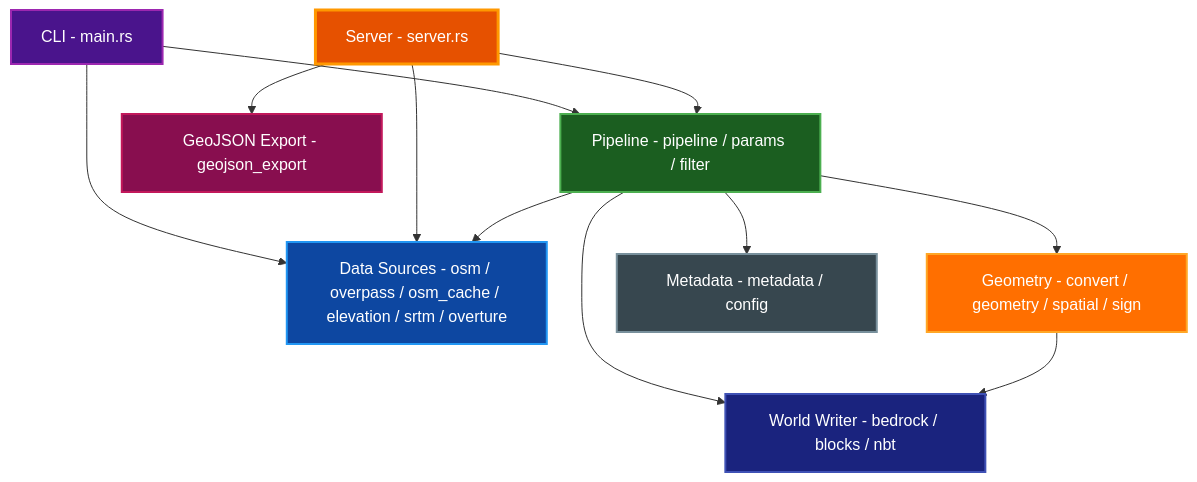
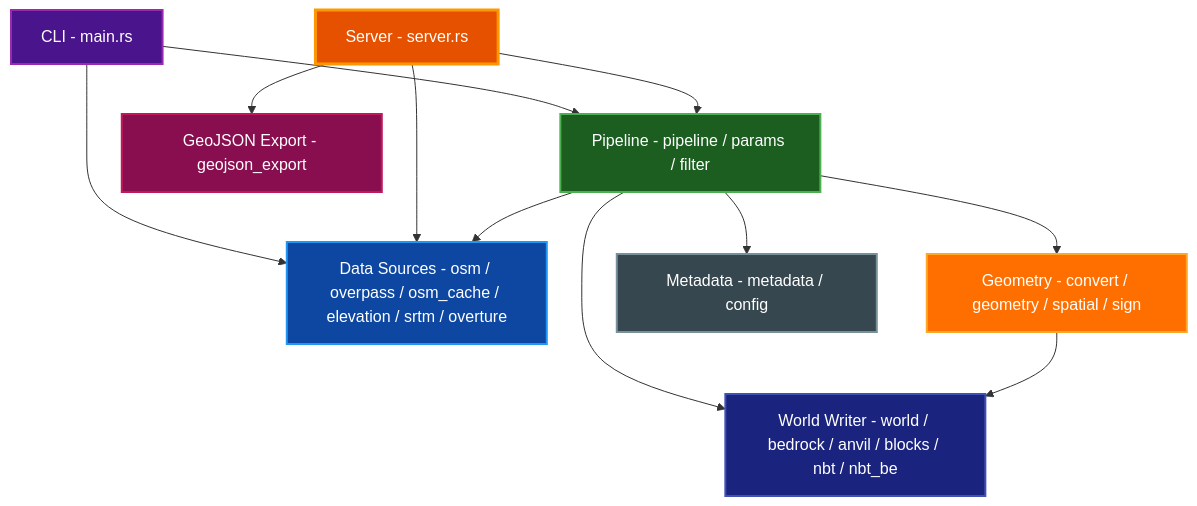
One commit to paulrobello/osm-to-bedrock changed the second of 4 diagrams in docs/ARCHITECTURE.md. Above: the diagram before and after it, drawn with Mermaid. The commit also changed other lines of this file and 5 other files, not shown here.

````diff
--- a/docs/ARCHITECTURE.md
+++ b/docs/ARCHITECTURE.md
@@ -101,31 +104,31 @@
 ```mermaid
 graph TD
     CLI[CLI - main.rs]
     Server[Server - server.rs]
     Pipeline[Pipeline - pipeline / params / filter]
     DataSources[Data Sources - osm / overpass / osm_cache / elevation / srtm / overture]
     Geometry[Geometry - convert / geometry / spatial / sign]
-    WorldWriter[World Writer - bedrock / blocks / nbt]
+    WorldWriter[World Writer - world / bedrock / anvil / blocks / nbt / nbt_be]
     GeoJSON[GeoJSON Export - geojson_export]
     Metadata[Metadata - metadata / config]
 
     CLI --> Pipeline
     CLI --> DataSources
     Server --> Pipeline
     Server --> DataSources
     Server --> GeoJSON
     Pipeline --> DataSources
     Pipeline --> Geometry
     Pipeline --> WorldWriter
     Pipeline --> Metadata
     Geometry --> WorldWriter
 
     style CLI fill:#4a148c,stroke:#9c27b0,stroke-width:2px,color:#ffffff
     style Server fill:#e65100,stroke:#ff9800,stroke-width:3px,color:#ffffff
     style Pipeline fill:#1b5e20,stroke:#4caf50,stroke-width:2px,color:#ffffff
     style DataSources fill:#0d47a1,stroke:#2196f3,stroke-width:2px,color:#ffffff
     style Geometry fill:#ff6f00,stroke:#ffa726,stroke-width:2px,color:#ffffff
     style WorldWriter fill:#1a237e,stroke:#3f51b5,stroke-width:2px,color:#ffffff
     style GeoJSON fill:#880e4f,stroke:#c2185b,stroke-width:2px,color:#ffffff
     style Metadata fill:#37474f,stroke:#78909c,stroke-width:2px,color:#ffffff
 ```
````
